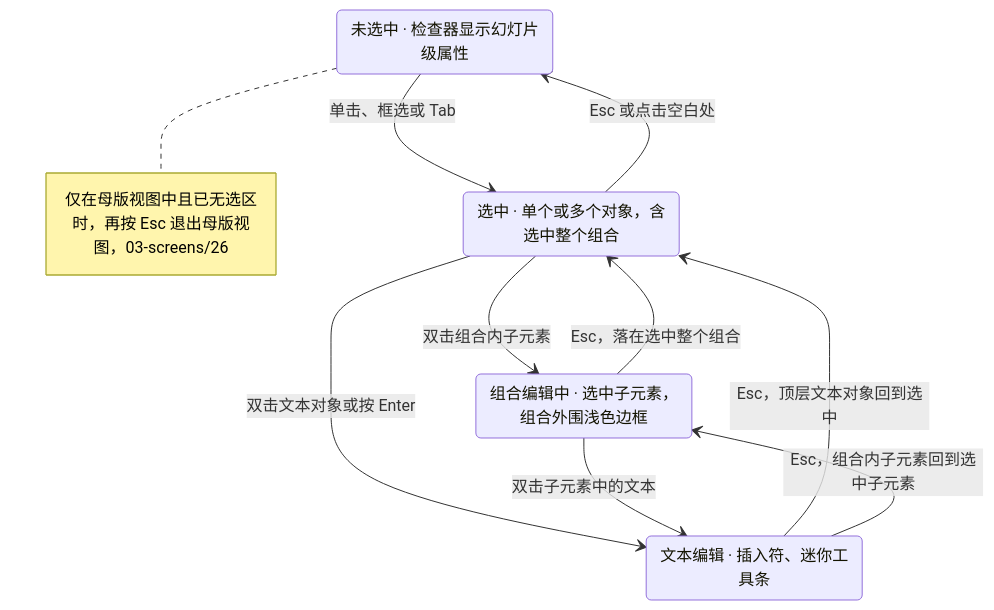
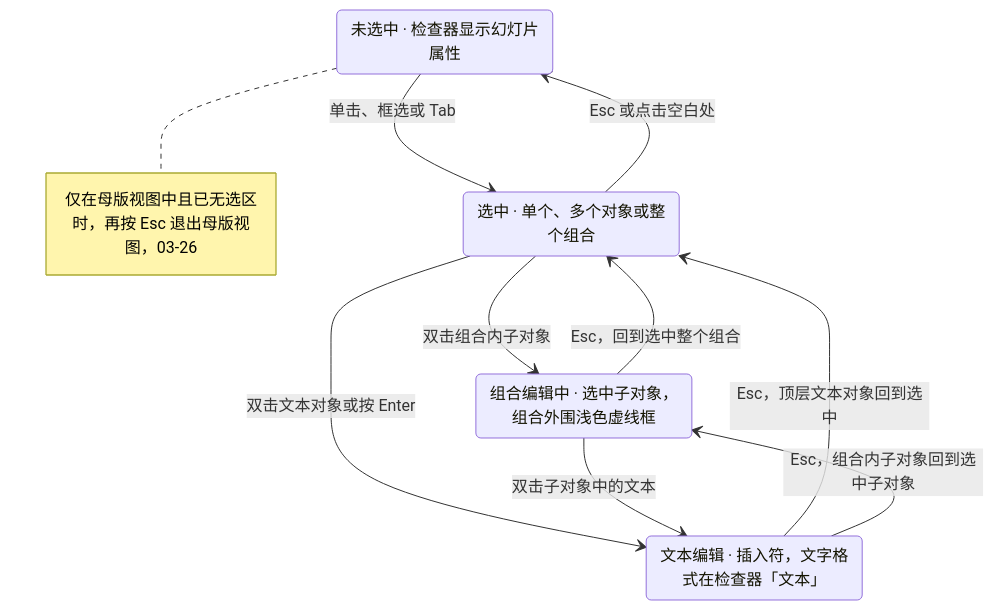
Before and after one commit to Xeonice/cordis-ppt-editor: the first of 2 diagrams in docs/20-design/03-screens/17-selection-alignment-and-snapping.md, drawn with Mermaid. The commit also changed other lines of this file and 44 other files, not shown here.

````diff
--- a/docs/20-design/03-screens/17-selection-alignment-and-snapping.md
+++ b/docs/20-design/03-screens/17-selection-alignment-and-snapping.md
@@ -57,16 +106,16 @@
 ```mermaid
 stateDiagram-v2
-  state "未选中 · 检查器显示幻灯片级属性" as none
-  state "选中 · 单个或多个对象，含选中整个组合" as selected
-  state "组合编辑中 · 选中子元素，组合外围浅色边框" as childSel
-  state "文本编辑 · 插入符、迷你工具条" as editing
+  state "未选中 · 检查器显示幻灯片属性" as none
+  state "选中 · 单个、多个对象或整个组合" as selected
+  state "组合编辑中 · 选中子对象，组合外围浅色虚线框" as childSel
+  state "文本编辑 · 插入符，文字格式在检查器「文本」" as editing
   none --> selected : 单击、框选或 Tab
   selected --> none : Esc 或点击空白处
-  selected --> childSel : 双击组合内子元素
-  childSel --> selected : Esc，落在选中整个组合
+  selected --> childSel : 双击组合内子对象
+  childSel --> selected : Esc，回到选中整个组合
   selected --> editing : 双击文本对象或按 Enter
-  childSel --> editing : 双击子元素中的文本
+  childSel --> editing : 双击子对象中的文本
   editing --> selected : Esc，顶层文本对象回到选中
-  editing --> childSel : Esc，组合内子元素回到选中子元素
-  note right of none : 仅在母版视图中且已无选区时，再按 Esc 退出母版视图，03-screens/26
+  editing --> childSel : Esc，组合内子对象回到选中子对象
+  note right of none : 仅在母版视图中且已无选区时，再按 Esc 退出母版视图，03-26
 ```
````
